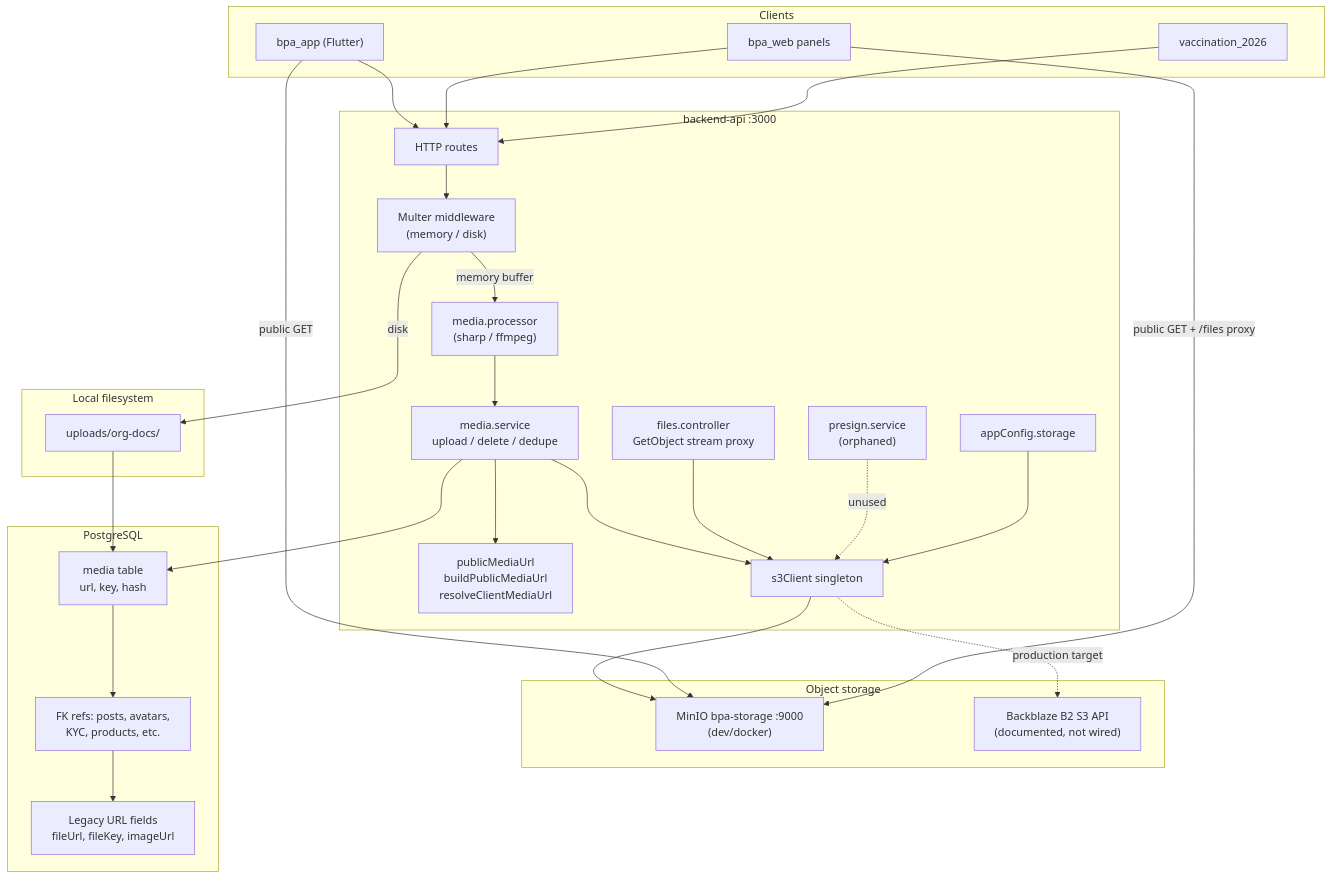
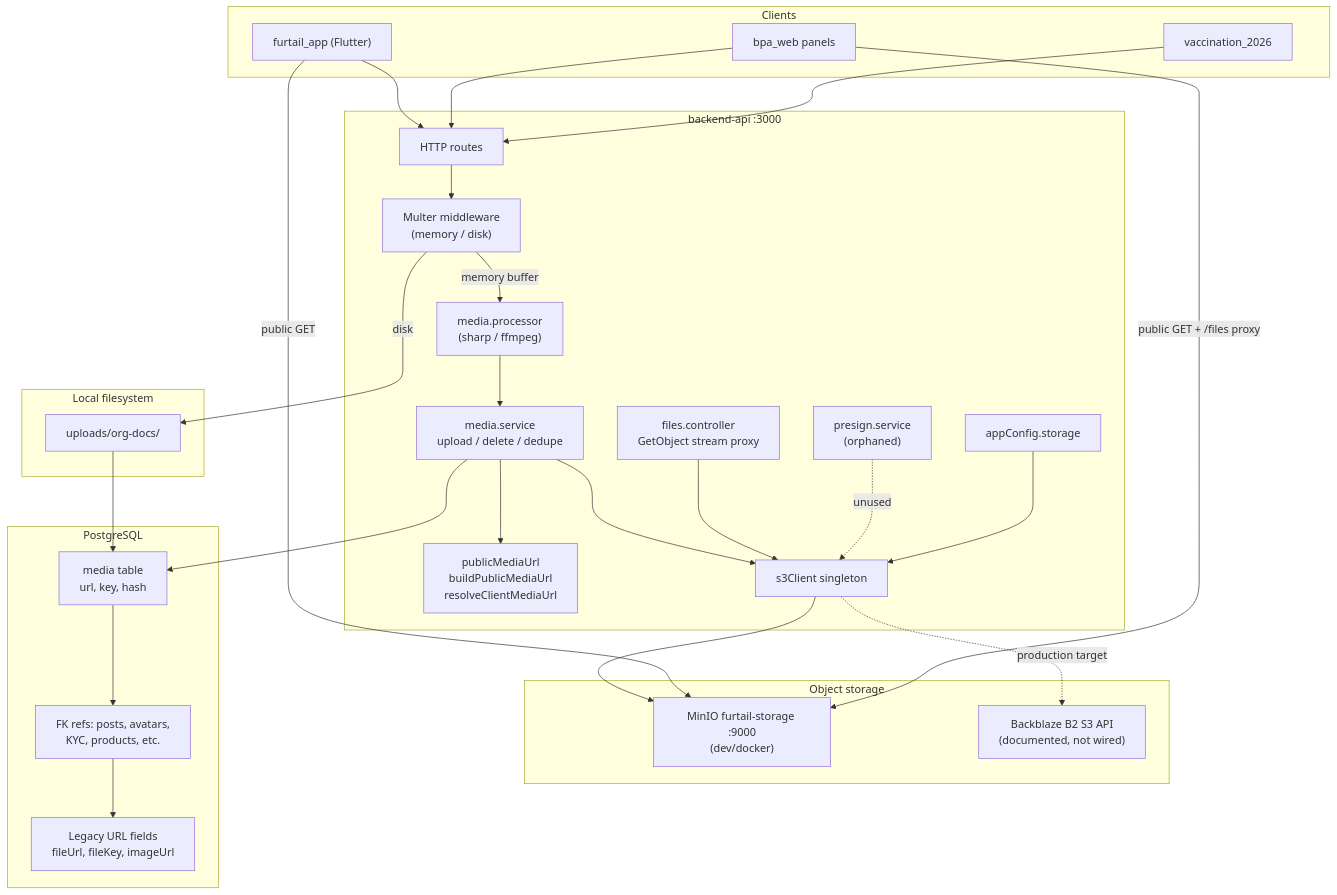
Before and after one commit to balagpetcare/furtail_api: the diagram in docs/plans/backblaze-b2-migration-plan.md, drawn with Mermaid. The commit also changed other lines of this file and 375 other files, not shown here.

````diff
--- a/docs/plans/backblaze-b2-migration-plan.md
+++ b/docs/plans/backblaze-b2-migration-plan.md
@@ -24,58 +24,58 @@
 ```mermaid
 flowchart TB
   subgraph clients["Clients"]
-    APP["bpa_app (Flutter)"]
+    APP["furtail_app (Flutter)"]
     WEB["bpa_web panels"]
     LAND["vaccination_2026"]
   end
 
   subgraph api["backend-api :3000"]
     ROUTES["HTTP routes"]
     MW["Multer middleware<br/>(memory / disk)"]
     PROC["media.processor<br/>(sharp / ffmpeg)"]
     MS["media.service<br/>upload / delete / dedupe"]
     PMU["publicMediaUrl<br/>buildPublicMediaUrl<br/>resolveClientMediaUrl"]
     FC["files.controller<br/>GetObject stream proxy"]
     PS["presign.service<br/>(orphaned)"]
     CFG["appConfig.storage"]
     S3C["s3Client singleton"]
   end
 
   subgraph storage["Object storage"]
-    MINIO["MinIO bpa-storage :9000<br/>(dev/docker)"]
+    MINIO["MinIO furtail-storage :9000<br/>(dev/docker)"]
     B2["Backblaze B2 S3 API<br/>(documented, not wired)"]
   end
 
   subgraph local["Local filesystem"]
     DISK["uploads/org-docs/"]
   end
 
   subgraph db["PostgreSQL"]
     MEDIA["media table<br/>url, key, hash"]
     REFS["FK refs: posts, avatars,<br/>KYC, products, etc."]
     URLS["Legacy URL fields<br/>fileUrl, fileKey, imageUrl"]
   end
 
   APP --> ROUTES
   WEB --> ROUTES
   LAND --> ROUTES
 
   ROUTES --> MW
   MW -->|memory buffer| PROC
   MW -->|disk| DISK
   PROC --> MS
   MS --> S3C
   MS --> PMU
   MS --> MEDIA
   FC --> S3C
   PS -.->|unused| S3C
   CFG --> S3C
   S3C --> MINIO
   S3C -.->|production target| B2
   DISK --> MEDIA
   MEDIA --> REFS
   REFS --> URLS
 
   APP -->|public GET| MINIO
   WEB -->|public GET + /files proxy| MINIO
 ```
````
